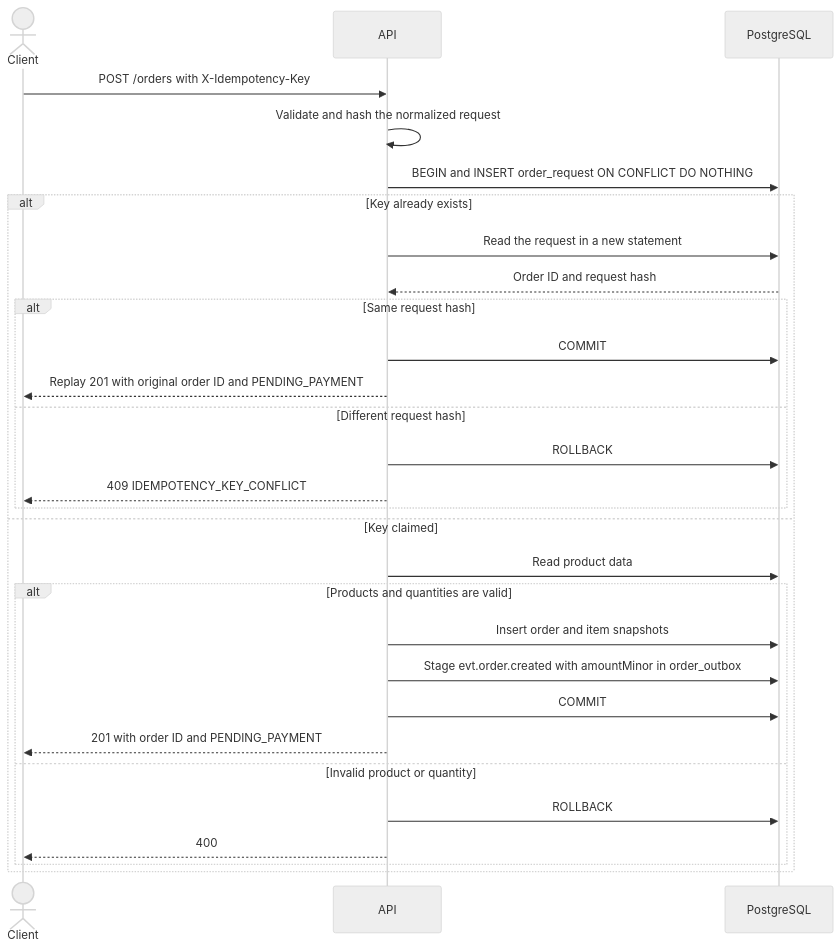
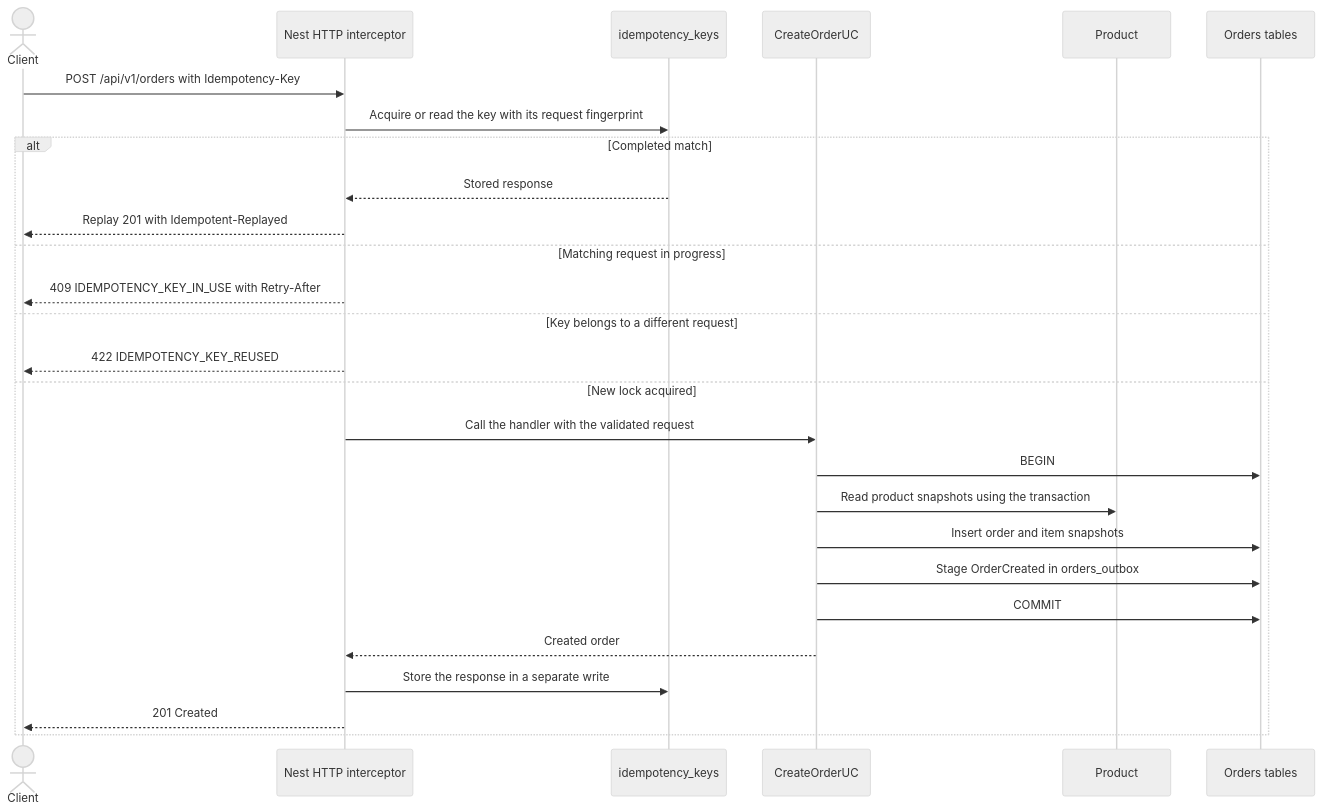
The first of 2 diagrams in docs/diagrams/create_order.md (dinno7/distributed-ecommerce), drawn with Mermaid (neutral theme) before and after one commit. The commit also changed other lines of this file and 30 other files, not shown here.

````diff
--- a/docs/diagrams/create_order.md
+++ b/docs/diagrams/create_order.md
@@ -7,33 +7,30 @@
 ```mermaid
 sequenceDiagram
     actor Client
-    participant API
-    participant DB as PostgreSQL
+    participant HTTP as Nest HTTP interceptor
+    participant Keys as idempotency_keys
+    participant Orders as CreateOrderUC
+    participant Product
+    participant DB as Orders tables
 
-    Client->>API: POST /orders with X-Idempotency-Key
-    API->>API: Validate and hash the normalized request
-    API->>DB: BEGIN and INSERT order_request ON CONFLICT DO NOTHING
-
-    alt Key already exists
-        API->>DB: Read the request in a new statement
-        DB-->>API: Order ID and request hash
-        alt Same request hash
-            API->>DB: COMMIT
-            API-->>Client: Replay 201 with original order ID and PENDING_PAYMENT
-        else Different request hash
-            API->>DB: ROLLBACK
-            API-->>Client: 409 IDEMPOTENCY_KEY_CONFLICT
-        end
-    else Key claimed
-        API->>DB: Read product data
-        alt Products and quantities are valid
-            API->>DB: Insert order and item snapshots
-            API->>DB: Stage evt.order.created with amountMinor in order_outbox
-            API->>DB: COMMIT
-            API-->>Client: 201 with order ID and PENDING_PAYMENT
-        else Invalid product or quantity
-            API->>DB: ROLLBACK
-            API-->>Client: 400
-        end
+    Client->>HTTP: POST /api/v1/orders with Idempotency-Key
+    HTTP->>Keys: Acquire or read the key with its request fingerprint
+    alt Completed match
+        Keys-->>HTTP: Stored response
+        HTTP-->>Client: Replay 201 with Idempotent-Replayed
+    else Matching request in progress
+        HTTP-->>Client: 409 IDEMPOTENCY_KEY_IN_USE with Retry-After
+    else Key belongs to a different request
+        HTTP-->>Client: 422 IDEMPOTENCY_KEY_REUSED
+    else New lock acquired
+        HTTP->>Orders: Call the handler with the validated request
+        Orders->>DB: BEGIN
+        Orders->>Product: Read product snapshots using the transaction
+        Orders->>DB: Insert order and item snapshots
+        Orders->>DB: Stage OrderCreated in orders_outbox
+        Orders->>DB: COMMIT
+        Orders-->>HTTP: Created order
+        HTTP->>Keys: Store the response in a separate write
+        HTTP-->>Client: 201 Created
     end
 ```
````
